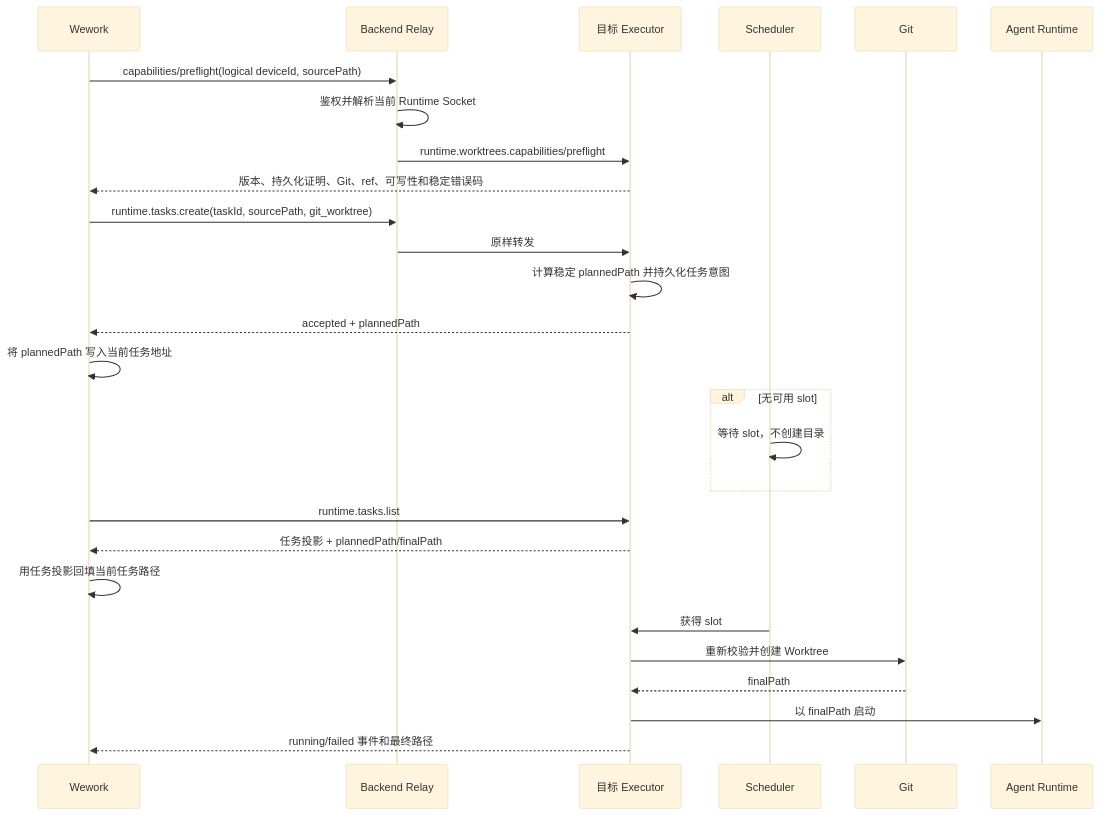
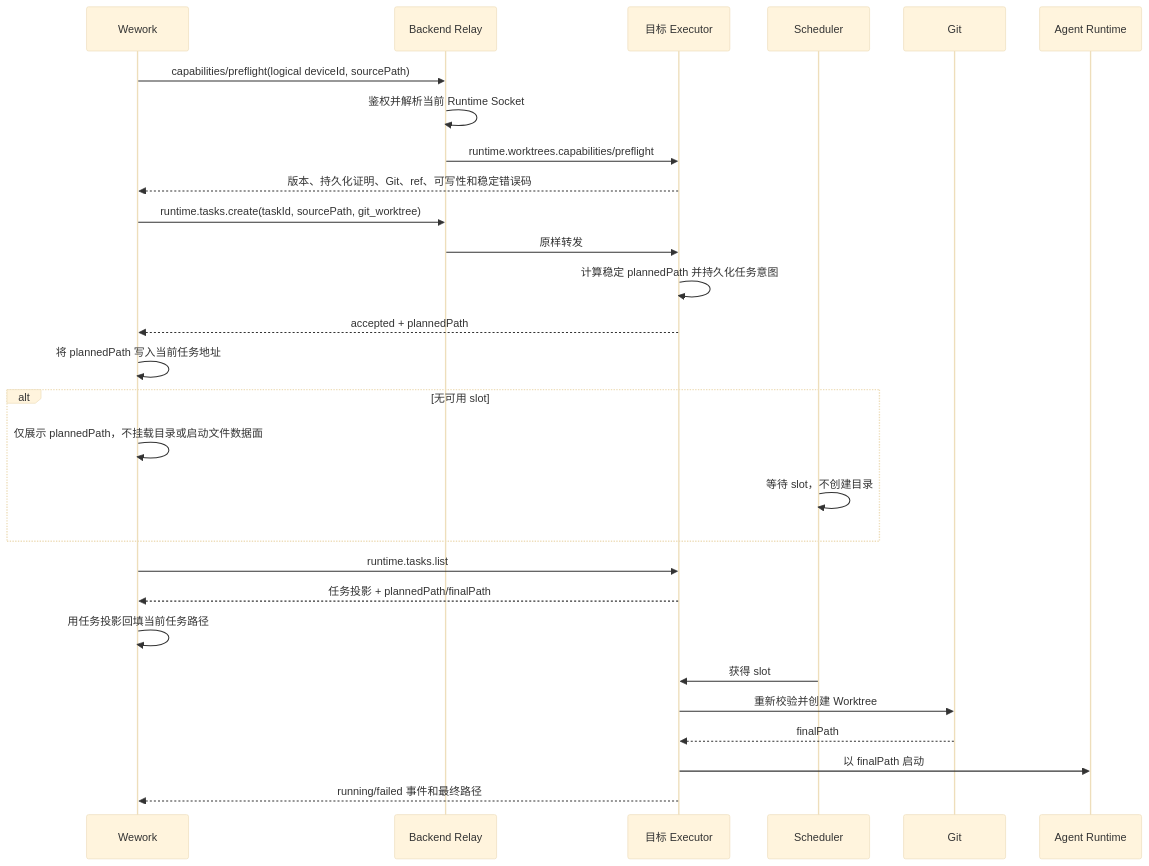
Before and after one commit to wecode-ai/Wegent: the second of 3 diagrams in docs/zh/architecture/git-worktree-execution.md, drawn with Mermaid (base theme). The commit also changed other lines of this file and 8 other files, not shown here.

````diff
--- a/docs/zh/architecture/git-worktree-execution.md
+++ b/docs/zh/architecture/git-worktree-execution.md
@@ -40,30 +40,31 @@
 ```mermaid
 sequenceDiagram
     participant U as Wework
     participant B as Backend Relay
     participant E as 目标 Executor
     participant S as Scheduler
     participant G as Git
     participant R as Agent Runtime
 
     U->>B: capabilities/preflight(logical deviceId, sourcePath)
     B->>B: 鉴权并解析当前 Runtime Socket
     B->>E: runtime.worktrees.capabilities/preflight
     E-->>U: 版本、持久化证明、Git、ref、可写性和稳定错误码
     U->>B: runtime.tasks.create(taskId, sourcePath, git_worktree)
     B->>E: 原样转发
     E->>E: 计算稳定 plannedPath 并持久化任务意图
     E-->>U: accepted + plannedPath
     U->>U: 将 plannedPath 写入当前任务地址
     alt 无可用 slot
+        U->>U: 仅展示 plannedPath，不挂载目录或启动文件数据面
         S->>S: 等待 slot，不创建目录
     end
     U->>E: runtime.tasks.list
     E-->>U: 任务投影 + plannedPath/finalPath
     U->>U: 用任务投影回填当前任务路径
     S->>E: 获得 slot
     E->>G: 重新校验并创建 Worktree
     G-->>E: finalPath
     E->>R: 以 finalPath 启动
     E-->>U: running/failed 事件和最终路径
 ```
````
